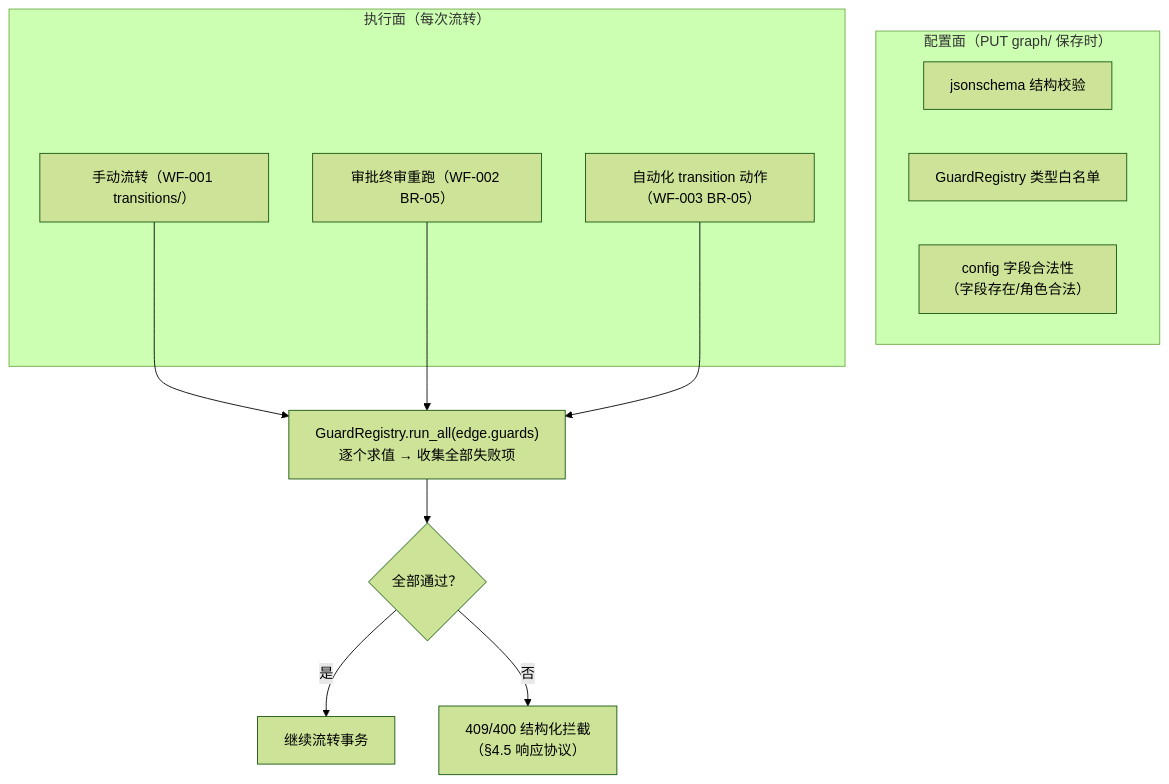
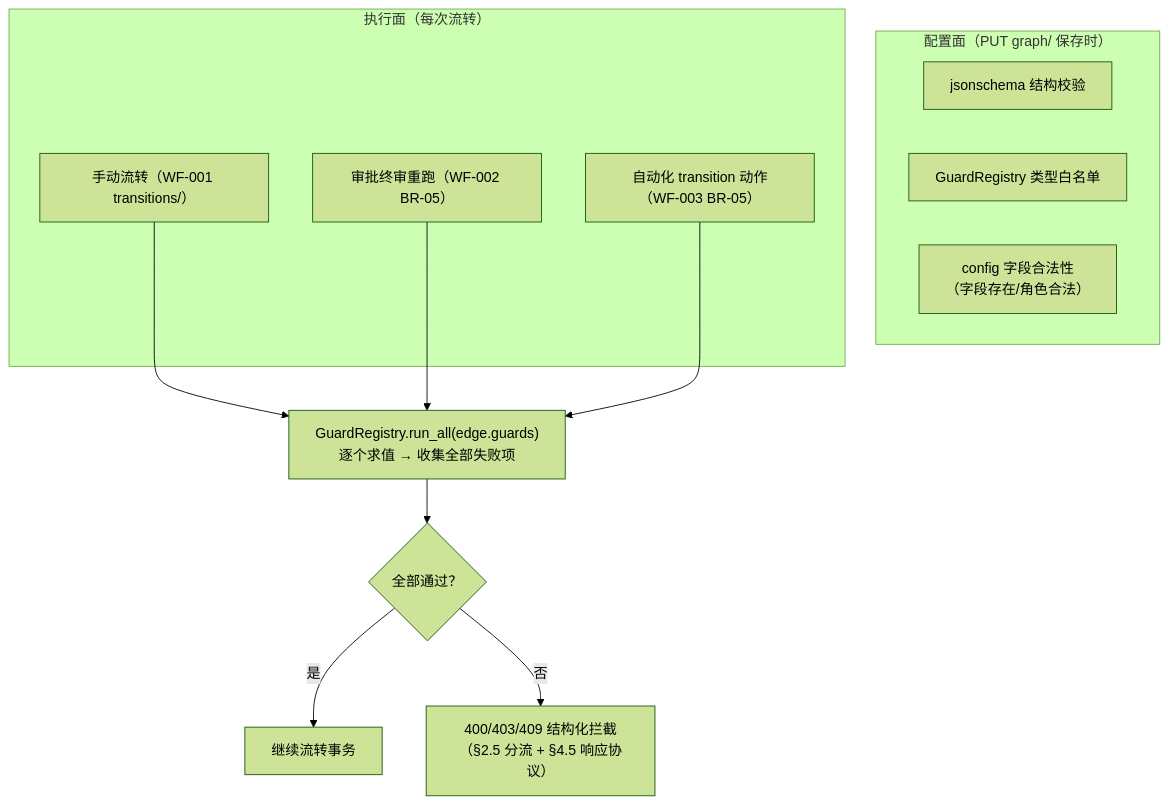
Before and after one commit to RabbitAI-Lab/RabbitProjects: the first of 2 diagrams in docs/sprint-7-enterprise-workflow/WF-004-transition-guard.md, drawn with Mermaid (forest theme). The commit also changed other lines of this file and 9 other files, not shown here.

````diff
--- a/docs/sprint-7-enterprise-workflow/WF-004-transition-guard.md
+++ b/docs/sprint-7-enterprise-workflow/WF-004-transition-guard.md
@@ -29,19 +29,19 @@
 ```mermaid
 flowchart TB
     subgraph CFG["配置面（PUT graph/ 保存时）"]
         S1["jsonschema 结构校验"]
         S2["GuardRegistry 类型白名单"]
         S3["config 字段合法性<br/>（字段存在/角色合法）"]
     end
     subgraph RUN["执行面（每次流转）"]
         R1["手动流转（WF-001 transitions/）"]
         R2["审批终审重跑（WF-002 BR-05）"]
         R3["自动化 transition 动作（WF-003 BR-05）"]
     end
     ENG["GuardRegistry.run_all(edge.guards)<br/>逐个求值 → 收集全部失败项"] --> PASS{"全部通过？"}
     PASS -->|是| OK["继续流转事务"]
-    PASS -->|否| REJ["409/400 结构化拦截<br/>（§4.5 响应协议）"]
+    PASS -->|否| REJ["400/403/409 结构化拦截<br/>（§2.5 分流 + §4.5 响应协议）"]
     R1 --> ENG
     R2 --> ENG
     R3 --> ENG
 ```
````
